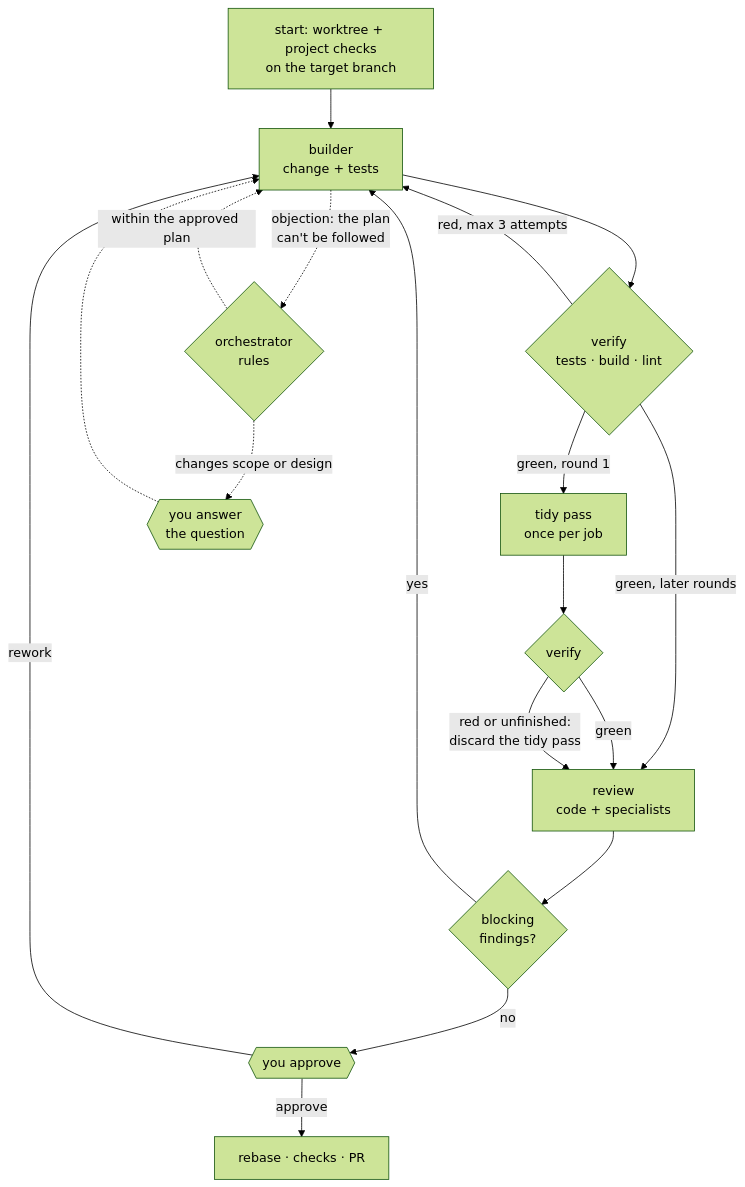
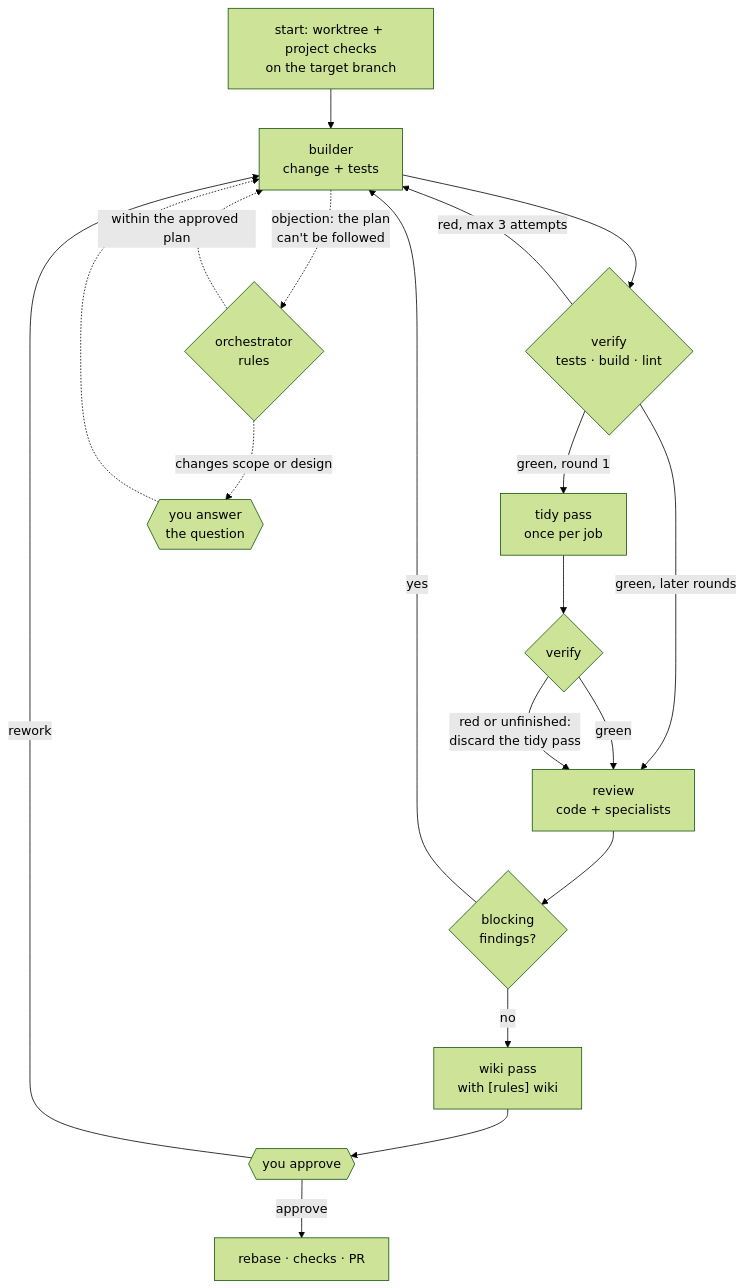
One commit to systerdyster/softwarefactory changed the third of 3 diagrams in README.md. Above: the diagram before and after it, drawn with Mermaid (forest theme). The commit also changed other lines of this file and 15 other files, not shown here.

First line of the commit message:
Run the wiki pass before approval, not after

````diff
--- a/README.md
+++ b/README.md
@@ -97,20 +97,21 @@
 ```mermaid
 flowchart TD
     S[start: worktree + project checks<br/>on the target branch] --> B
     B["builder<br/>change + tests"] --> V{verify<br/>tests · build · lint}
     V -->|red, max 3 attempts| B
     V -->|green, round 1| T["tidy pass<br/>once per job"]
     V -->|green, later rounds| R
     T --> TV{verify}
     TV -->|green| R
     TV -->|red or unfinished:<br/>discard the tidy pass| R
     R["review<br/>code + specialists"] --> F{blocking<br/>findings?}
     F -->|yes| B
-    F -->|no| H{{you approve}}
+    F -->|no| W["wiki pass<br/>with [rules] wiki"]
+    W --> H{{you approve}}
     B -.->|objection: the plan<br/>can't be followed| J{orchestrator<br/>rules}
     J -.->|within the approved plan| B
     J -.->|changes scope or design| Q{{you answer<br/>the question}}
     Q -.-> B
     H -->|approve| P[rebase · checks · PR]
     H -->|rework| B
 ```
````
